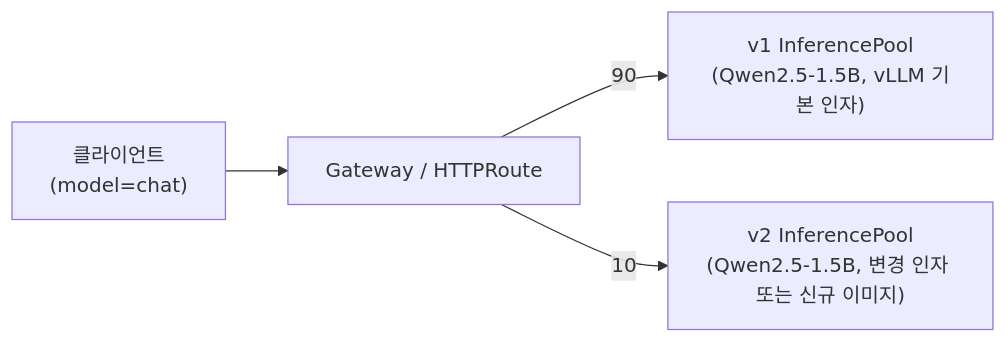
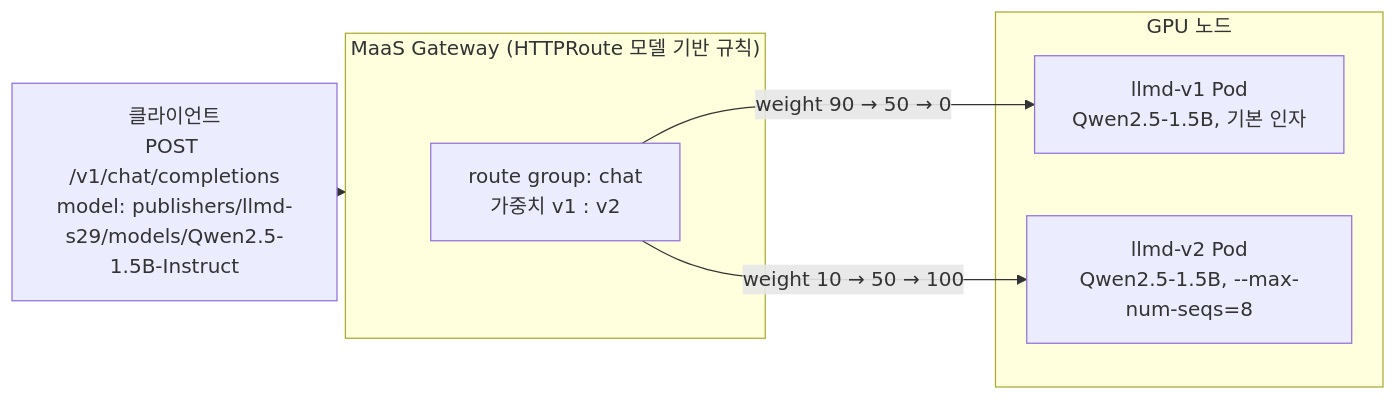
One commit to jangminjun/openshift-ai-llmd-demo changed the diagram in docs/scenarios/29-controlled-deployment.md. Above: the diagram before and after it, drawn with Mermaid. The commit also changed other lines of this file and 4 other files, not shown here.

````diff
--- a/docs/scenarios/29-controlled-deployment.md
+++ b/docs/scenarios/29-controlled-deployment.md
@@ -13,6 +13,13 @@
 ```mermaid
 flowchart LR
-    C["클라이언트\n(model=chat)"] --> GW["Gateway / HTTPRoute"]
-    GW -->|"90"| P1["v1 InferencePool\n(Qwen2.5-1.5B, vLLM 기본 인자)"]
-    GW -->|"10"| P2["v2 InferencePool\n(Qwen2.5-1.5B, 변경 인자 또는 신규 이미지)"]
+    C["클라이언트<br/>POST /v1/chat/completions<br/>model: publishers/llmd-s29/models/Qwen2.5-1.5B-Instruct"] --> GW
+    subgraph GW["MaaS Gateway (HTTPRoute 모델 기반 규칙)"]
+        R["route group: chat<br/>가중치 v1 : v2"]
+    end
+    subgraph NG["GPU 노드"]
+        V1["llmd-v1 Pod<br/>Qwen2.5-1.5B, 기본 인자"]
+        V2["llmd-v2 Pod<br/>Qwen2.5-1.5B, --max-num-seqs=8"]
+    end
+    R -->|"weight 90 → 50 → 0"| V1
+    R -->|"weight 10 → 50 → 100"| V2
 ```
````
